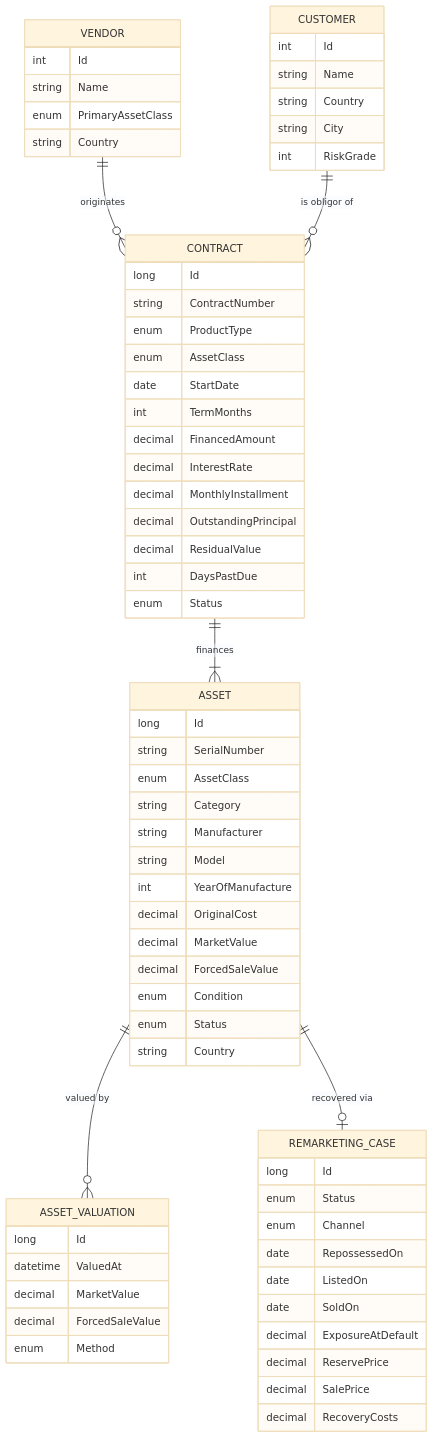
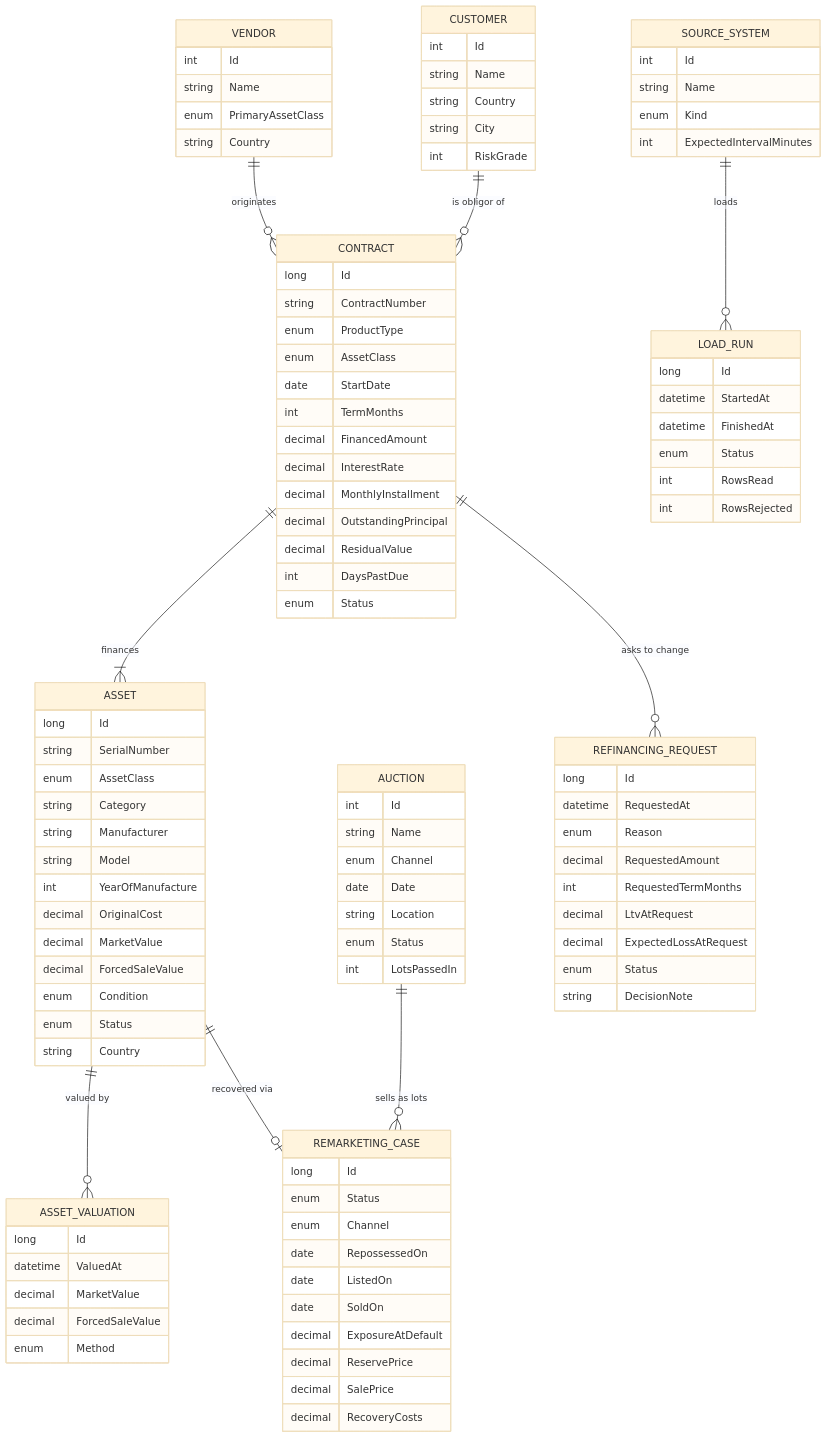
Before and after one commit to nsahaiquality/dappDashboard: the diagram in docs/domain-model.md, drawn with Mermaid (base theme). The commit also changed other lines of this file and 2 other files, not shown here.

````diff
--- a/docs/domain-model.md
+++ b/docs/domain-model.md
@@ -27,6 +27,9 @@
     CONTRACT ||--|{ ASSET : finances
     ASSET ||--o{ ASSET_VALUATION : "valued by"
     ASSET ||--o| REMARKETING_CASE : "recovered via"
+    AUCTION ||--o{ REMARKETING_CASE : "sells as lots"
+    CONTRACT ||--o{ REFINANCING_REQUEST : "asks to change"
+    SOURCE_SYSTEM ||--o{ LOAD_RUN : "loads"
 
     VENDOR {
         int Id
@@ -90,4 +93,38 @@
         decimal SalePrice
         decimal RecoveryCosts
     }
+    AUCTION {
+        int Id
+        string Name
+        enum Channel
+        date Date
+        string Location
+        enum Status
+        int LotsPassedIn
+    }
+    REFINANCING_REQUEST {
+        long Id
+        datetime RequestedAt
+        enum Reason
+        decimal RequestedAmount
+        int RequestedTermMonths
+        decimal LtvAtRequest
+        decimal ExpectedLossAtRequest
+        enum Status
+        string DecisionNote
+    }
+    SOURCE_SYSTEM {
+        int Id
+        string Name
+        enum Kind
+        int ExpectedIntervalMinutes
+    }
+    LOAD_RUN {
+        long Id
+        datetime StartedAt
+        datetime FinishedAt
+        enum Status
+        int RowsRead
+        int RowsRejected
+    }
 ```
````
